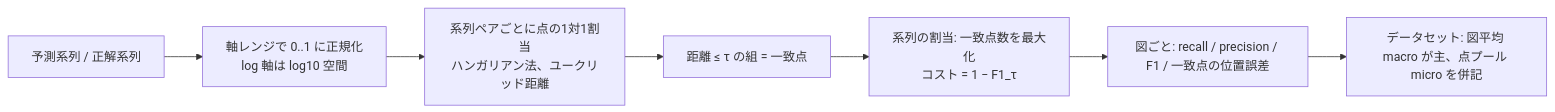
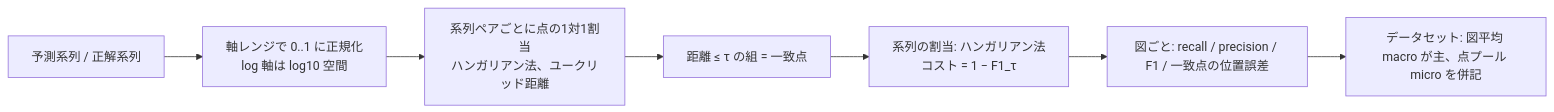
Before and after one commit to t29mato/real-chart-bench: the fourth of 5 diagrams in docs/design/benchmark-architecture.md, drawn with Mermaid. The commit also changed other lines of this file, not shown here.

````diff
--- a/docs/design/benchmark-architecture.md
+++ b/docs/design/benchmark-architecture.md
@@ -4003,9 +4003,9 @@
 ```mermaid
 flowchart LR
   A[予測系列 / 正解系列] --> B[軸レンジで 0..1 に正規化<br/>log 軸は log10 空間]
   B --> C[系列ペアごとに点の1対1割当<br/>ハンガリアン法、ユークリッド距離]
   C --> D[距離 ≤ τ の組 = 一致点]
-  D --> E[系列の割当: 一致点数を最大化<br/>コスト = 1 − F1_τ]
+  D --> E[系列の割当: ハンガリアン法<br/>コスト = 1 − F1_τ]
   E --> F[図ごと: recall / precision / F1 / 一致点の位置誤差]
   F --> G[データセット: 図平均 macro が主、点プール micro を併記]
 ```
````
